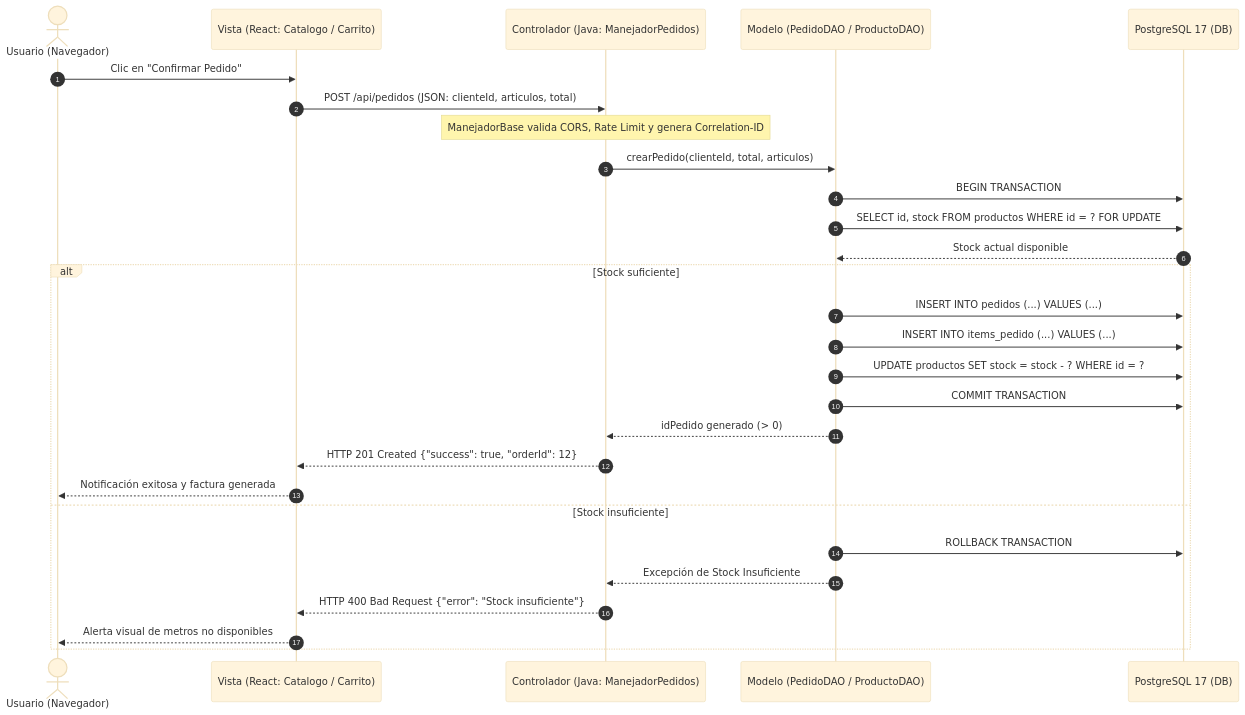
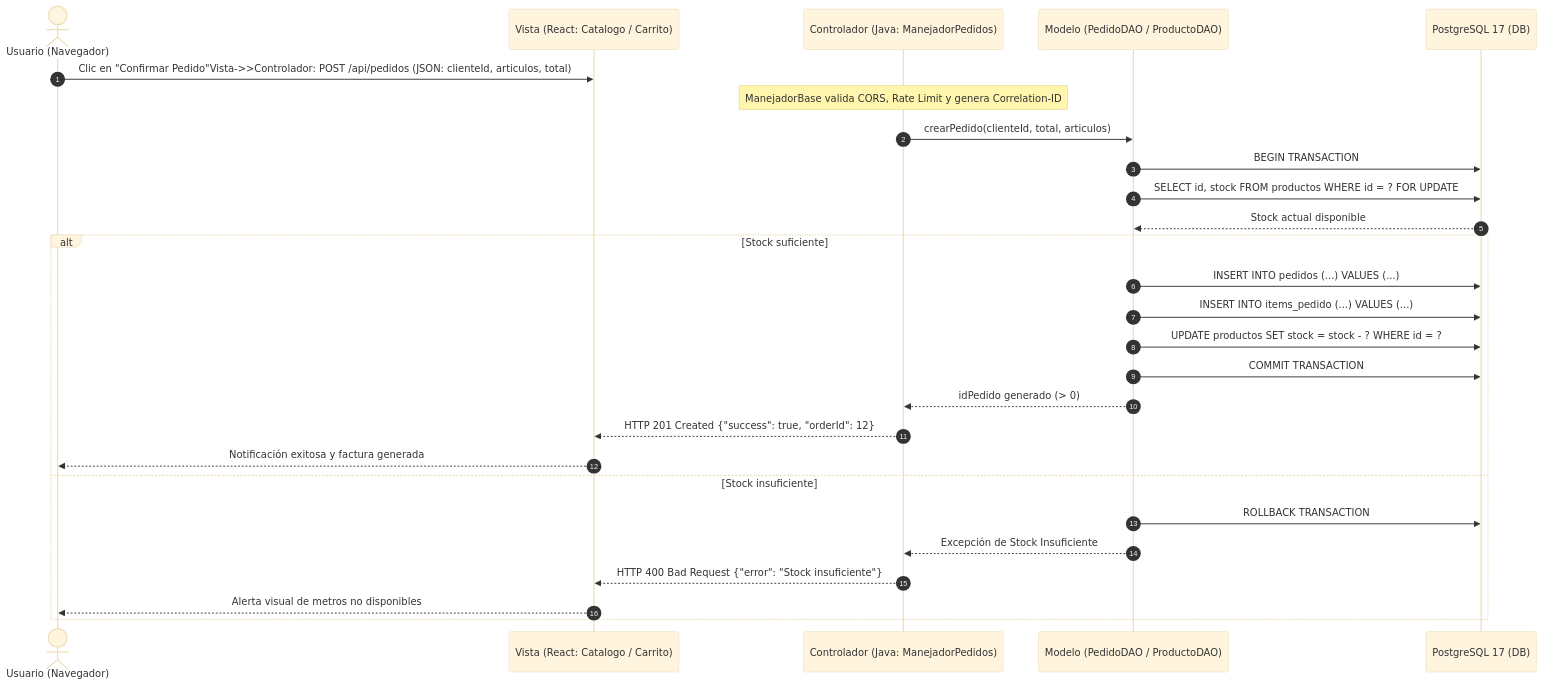
Before and after one commit to DAVIDVLEZ-DEVELOPER/PROYECTO-SENA-TIENDA-TEXTIL: the third of 3 diagrams in documentacion/04-base-de-datos-diseno-y-esquema.md, drawn with Mermaid (base theme). The commit also changed other lines of this file and 6 other files, not shown here.

Commit message:
docs: eliminar emojis de la documentacion tecnica y diagramas de arquitectura para conformidad con estandares academicos ADSO

````diff
--- a/documentacion/04-base-de-datos-diseno-y-esquema.md
+++ b/documentacion/04-base-de-datos-diseno-y-esquema.md
@@ -599,31 +578,30 @@
 ```mermaid
 sequenceDiagram
     autonumber
     actor Cliente as Usuario (Navegador)
     participant Vista as Vista (React: Catalogo / Carrito)
     participant Controlador as Controlador (Java: ManejadorPedidos)
     participant Modelo as Modelo (PedidoDAO / ProductoDAO)
     participant BD as PostgreSQL 17 (DB)
 
-    Cliente->>Vista: Clic en "Confirmar Pedido"
-    Vista->>Controlador: POST /api/pedidos (JSON: clienteId, articulos, total)
+    Cliente->>Vista: Clic en "Confirmar Pedido"Vista->>Controlador: POST /api/pedidos (JSON: clienteId, articulos, total)
     Note over Controlador: ManejadorBase valida CORS, Rate Limit y genera Correlation-ID
     Controlador->>Modelo: crearPedido(clienteId, total, articulos)
     Modelo->>BD: BEGIN TRANSACTION
     Modelo->>BD: SELECT id, stock FROM productos WHERE id = ? FOR UPDATE
     BD-->>Modelo: Stock actual disponible
     alt Stock suficiente
         Modelo->>BD: INSERT INTO pedidos (...) VALUES (...)
         Modelo->>BD: INSERT INTO items_pedido (...) VALUES (...)
         Modelo->>BD: UPDATE productos SET stock = stock - ? WHERE id = ?
         Modelo->>BD: COMMIT TRANSACTION
         Modelo-->>Controlador: idPedido generado (> 0)
         Controlador-->>Vista: HTTP 201 Created {"success": true, "orderId": 12}
         Vista-->>Cliente: Notificación exitosa y factura generada
     else Stock insuficiente
         Modelo->>BD: ROLLBACK TRANSACTION
         Modelo-->>Controlador: Excepción de Stock Insuficiente
         Controlador-->>Vista: HTTP 400 Bad Request {"error": "Stock insuficiente"}
         Vista-->>Cliente: Alerta visual de metros no disponibles
     end
 ```
````
